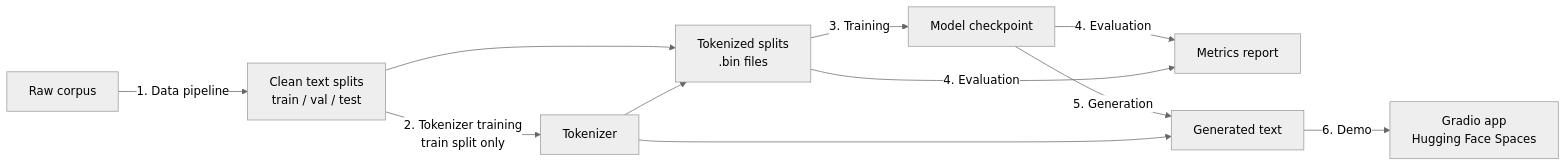
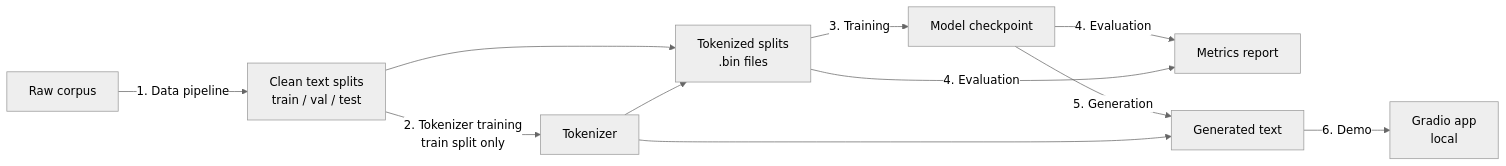
One commit to Marwan280/mini-arabic-gpt changed the diagram in docs/02-design-doc.md. Above: the diagram before and after it, drawn with Mermaid (neutral theme). The commit also changed other lines of this file and 19 other files, not shown here.

````diff
--- a/docs/02-design-doc.md
+++ b/docs/02-design-doc.md
@@ -32,13 +33,13 @@
 ```mermaid
 flowchart LR
     A[Raw corpus] -->|1. Data pipeline| B[Clean text splits<br/>train / val / test]
     B -->|2. Tokenizer training<br/>train split only| C[Tokenizer]
     B --> D[Tokenized splits<br/>.bin files]
     C --> D
     D -->|3. Training| E[Model checkpoint]
     E -->|4. Evaluation| F[Metrics report]
     D -->|4. Evaluation| F
     E -->|5. Generation| G[Generated text]
     C --> G
-    G -->|6. Demo| H[Gradio app<br/>Hugging Face Spaces]
+    G -->|6. Demo| H[Gradio app<br/>local]
 ```
````
